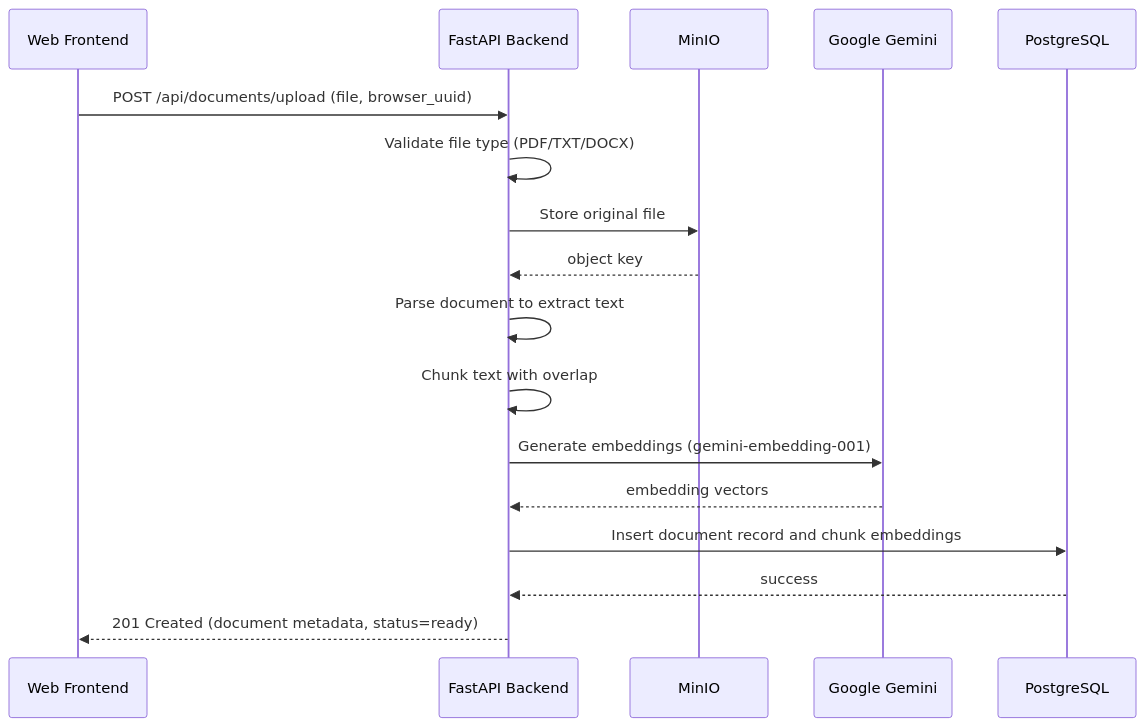
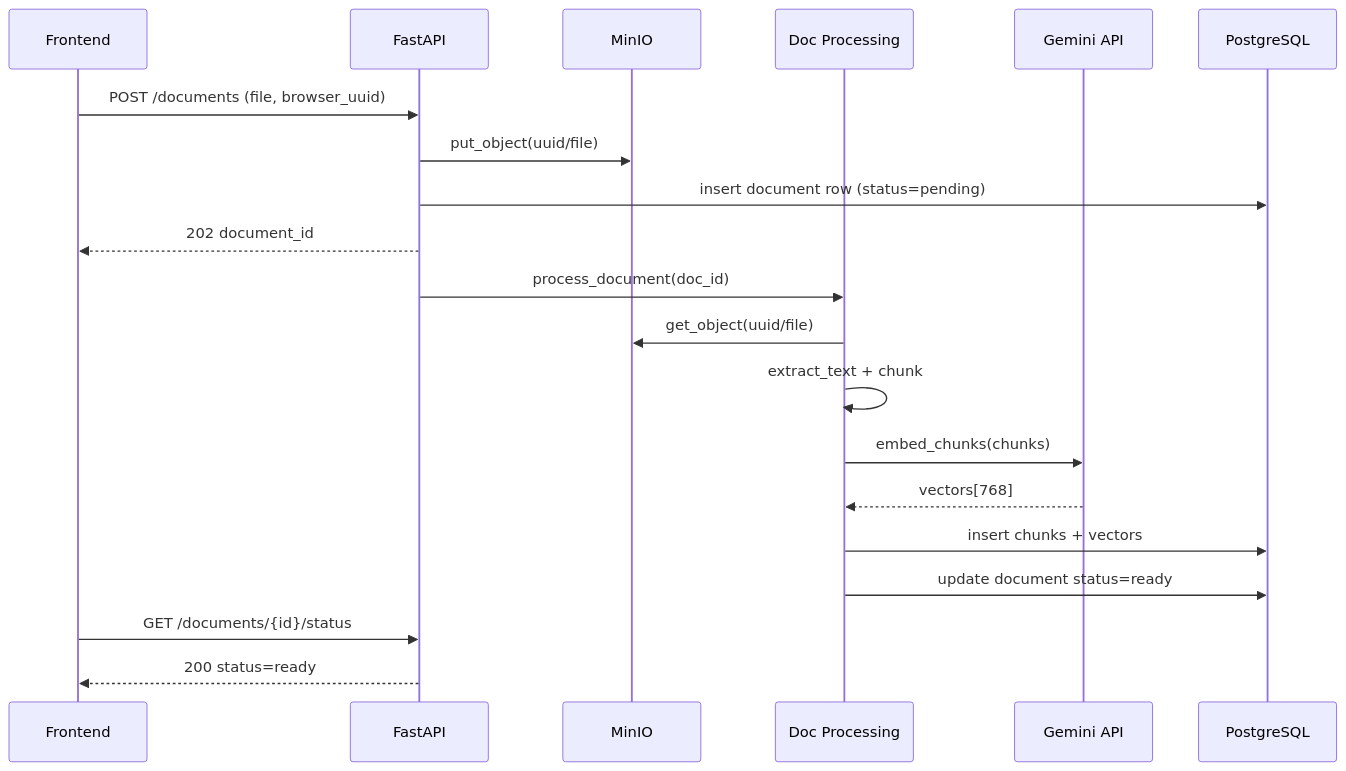
Before and after one commit to keshava-qourq/simple-rag-chatbot-without-login: the second of 5 diagrams in docs/sdlc/architecture/README.md, drawn with Mermaid. The commit also changed other lines of this file and 11 other files, not shown here.

````diff
--- a/docs/sdlc/architecture/README.md
+++ b/docs/sdlc/architecture/README.md
@@ -47,19 +225,22 @@
 ```mermaid
 sequenceDiagram
-  participant FE as Web Frontend
-  participant API as FastAPI Backend
+  participant FE as Frontend
+  participant API as FastAPI
   participant MINIO as MinIO
-  participant GEM as Google Gemini
+  participant DP as Doc Processing
+  participant GEM as Gemini API
   participant DB as PostgreSQL
-  FE->>API: POST /api/documents/upload (file, browser_uuid)
-  API->>API: Validate file type (PDF/TXT/DOCX)
-  API->>MINIO: Store original file
-  MINIO-->>API: object key
-  API->>API: Parse document to extract text
-  API->>API: Chunk text with overlap
-  API->>GEM: Generate embeddings (gemini-embedding-001)
-  GEM-->>API: embedding vectors
-  API->>DB: Insert document record and chunk embeddings
-  DB-->>API: success
-  API-->>FE: 201 Created (document metadata, status=ready)
+  FE->>API: POST /documents (file, browser_uuid)
+  API->>MINIO: put_object(uuid/file)
+  API->>DB: insert document row (status=pending)
+  API-->>FE: 202 document_id
+  API->>DP: process_document(doc_id)
+  DP->>MINIO: get_object(uuid/file)
+  DP->>DP: extract_text + chunk
+  DP->>GEM: embed_chunks(chunks)
+  GEM-->>DP: vectors[768]
+  DP->>DB: insert chunks + vectors
+  DP->>DB: update document status=ready
+  FE->>API: GET /documents/{id}/status
+  API-->>FE: 200 status=ready
 ```
````
